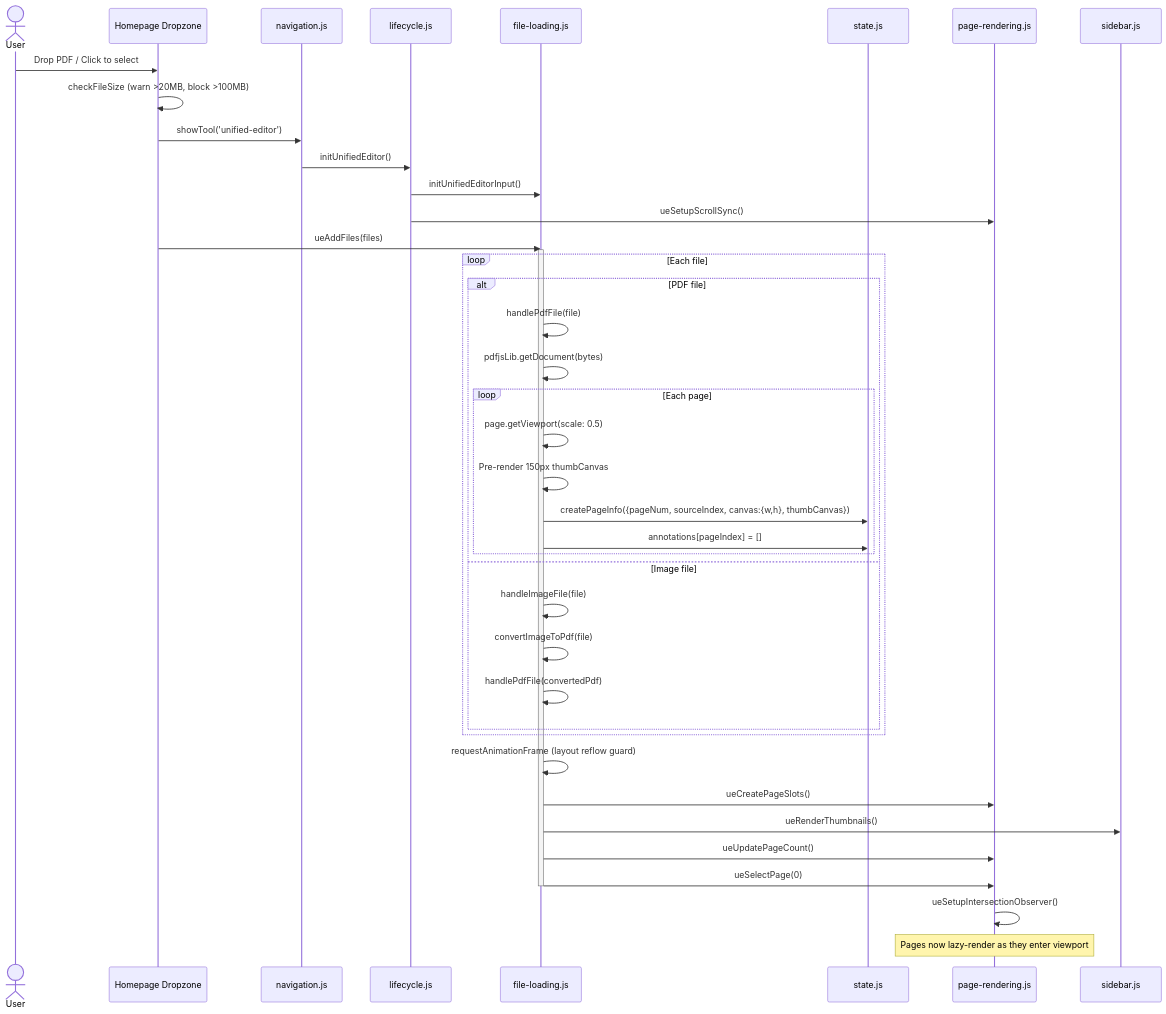
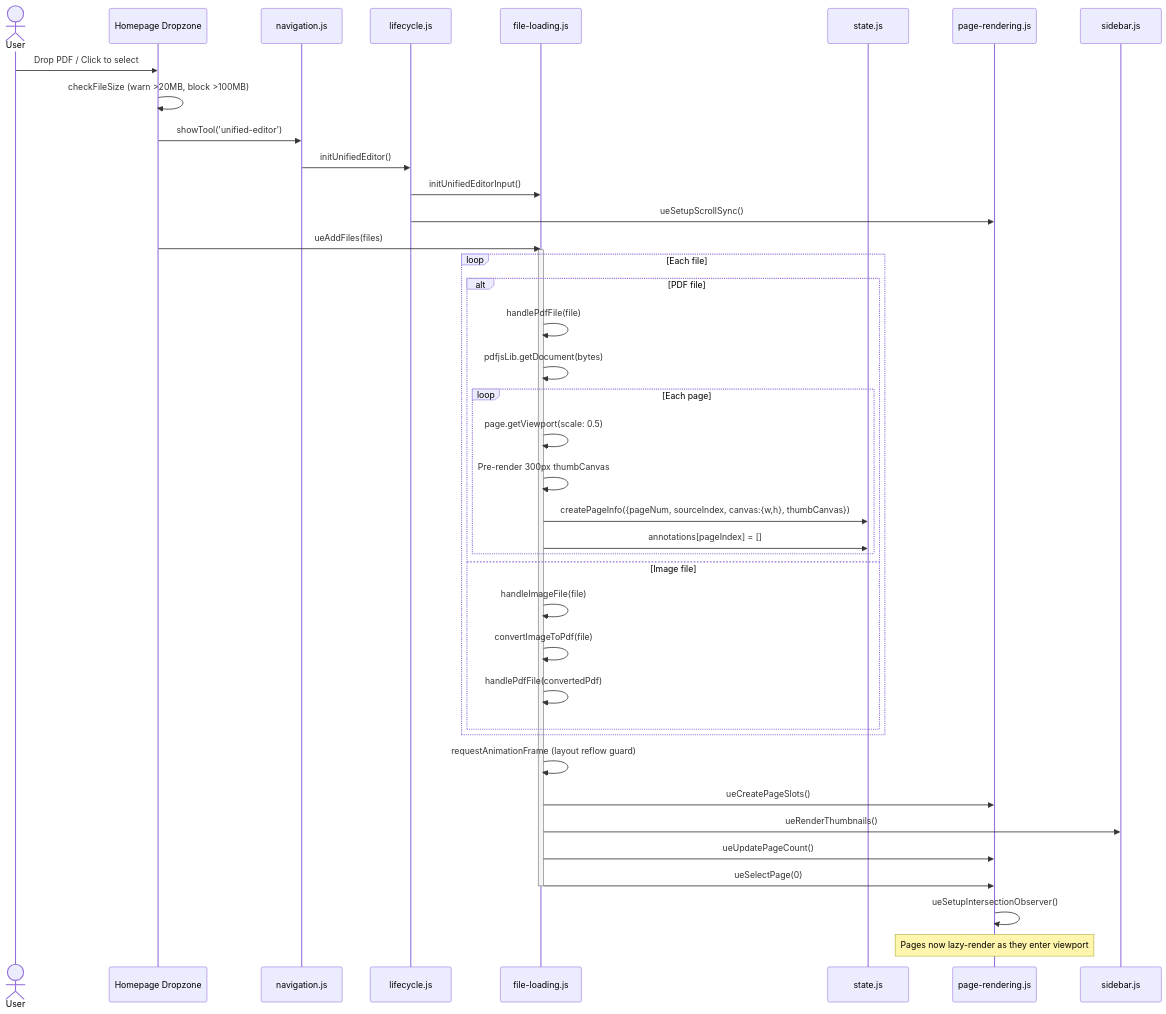
One commit to ojanlubis/pdflokal changed the second of 20 diagrams in docs/system-flow.md. Above: the diagram before and after it, drawn with Mermaid. The commit also changed other lines of this file and 9 other files, not shown here.

First line of the commit message:
docs: update architecture docs, add overview diagram, add GA4 tracking

````diff
--- a/docs/system-flow.md
+++ b/docs/system-flow.md
@@ -47,48 +47,48 @@
 ```mermaid
 sequenceDiagram
     actor User
     participant Dropzone as Homepage Dropzone
     participant Nav as navigation.js
     participant Init as lifecycle.js
     participant FL as file-loading.js
     participant State as state.js
     participant PR as page-rendering.js
     participant Sidebar as sidebar.js
 
     User->>Dropzone: Drop PDF / Click to select
     Dropzone->>Dropzone: checkFileSize (warn >20MB, block >100MB)
     Dropzone->>Nav: showTool('unified-editor')
     Nav->>Init: initUnifiedEditor()
     Init->>FL: initUnifiedEditorInput()
     Init->>PR: ueSetupScrollSync()
 
     Dropzone->>FL: ueAddFiles(files)
     activate FL
 
     loop Each file
         alt PDF file
             FL->>FL: handlePdfFile(file)
             FL->>FL: pdfjsLib.getDocument(bytes)
             loop Each page
                 FL->>FL: page.getViewport(scale: 0.5)
-                FL->>FL: Pre-render 150px thumbCanvas
+                FL->>FL: Pre-render 300px thumbCanvas
                 FL->>State: createPageInfo({pageNum, sourceIndex, canvas:{w,h}, thumbCanvas})
                 FL->>State: annotations[pageIndex] = []
             end
         else Image file
             FL->>FL: handleImageFile(file)
             FL->>FL: convertImageToPdf(file)
             FL->>FL: handlePdfFile(convertedPdf)
         end
     end
 
     FL->>FL: requestAnimationFrame (layout reflow guard)
     FL->>PR: ueCreatePageSlots()
     FL->>Sidebar: ueRenderThumbnails()
     FL->>PR: ueUpdatePageCount()
     FL->>PR: ueSelectPage(0)
     deactivate FL
 
     PR->>PR: ueSetupIntersectionObserver()
     Note over PR: Pages now lazy-render as they enter viewport
 ```
````
